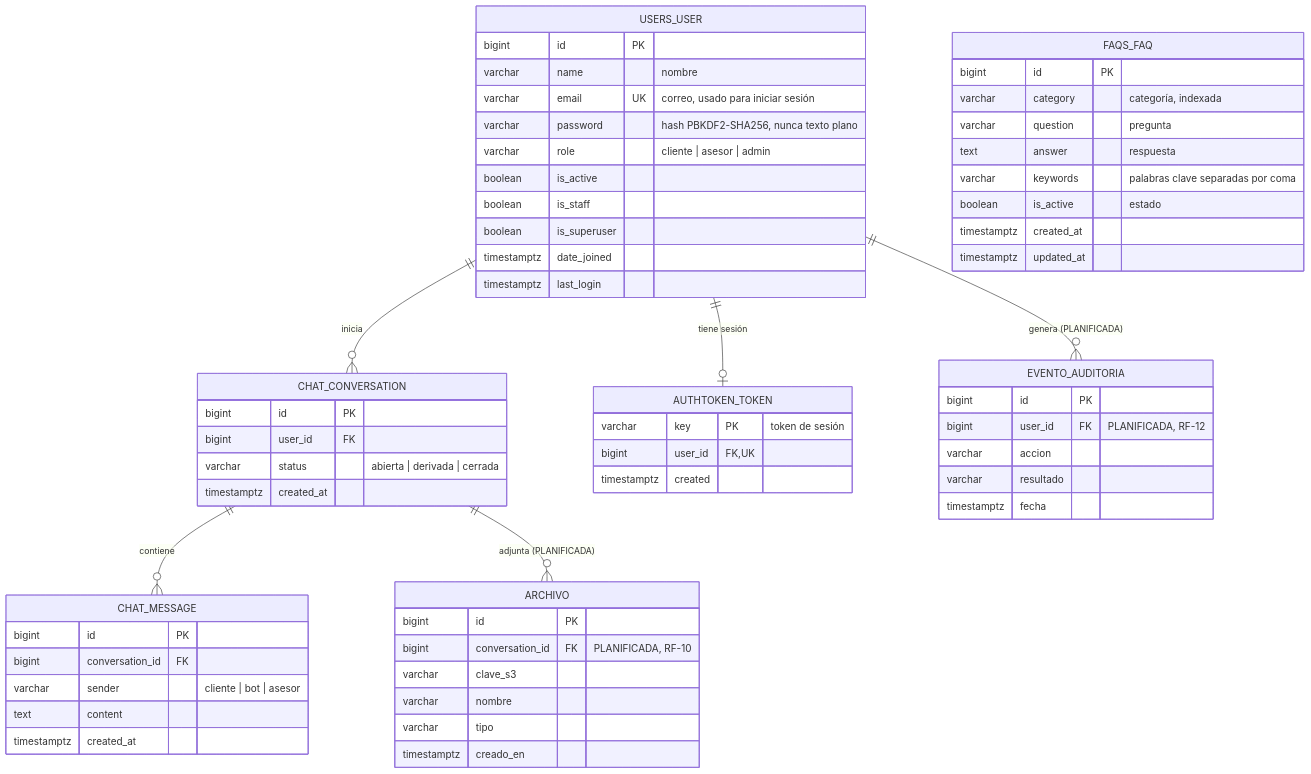
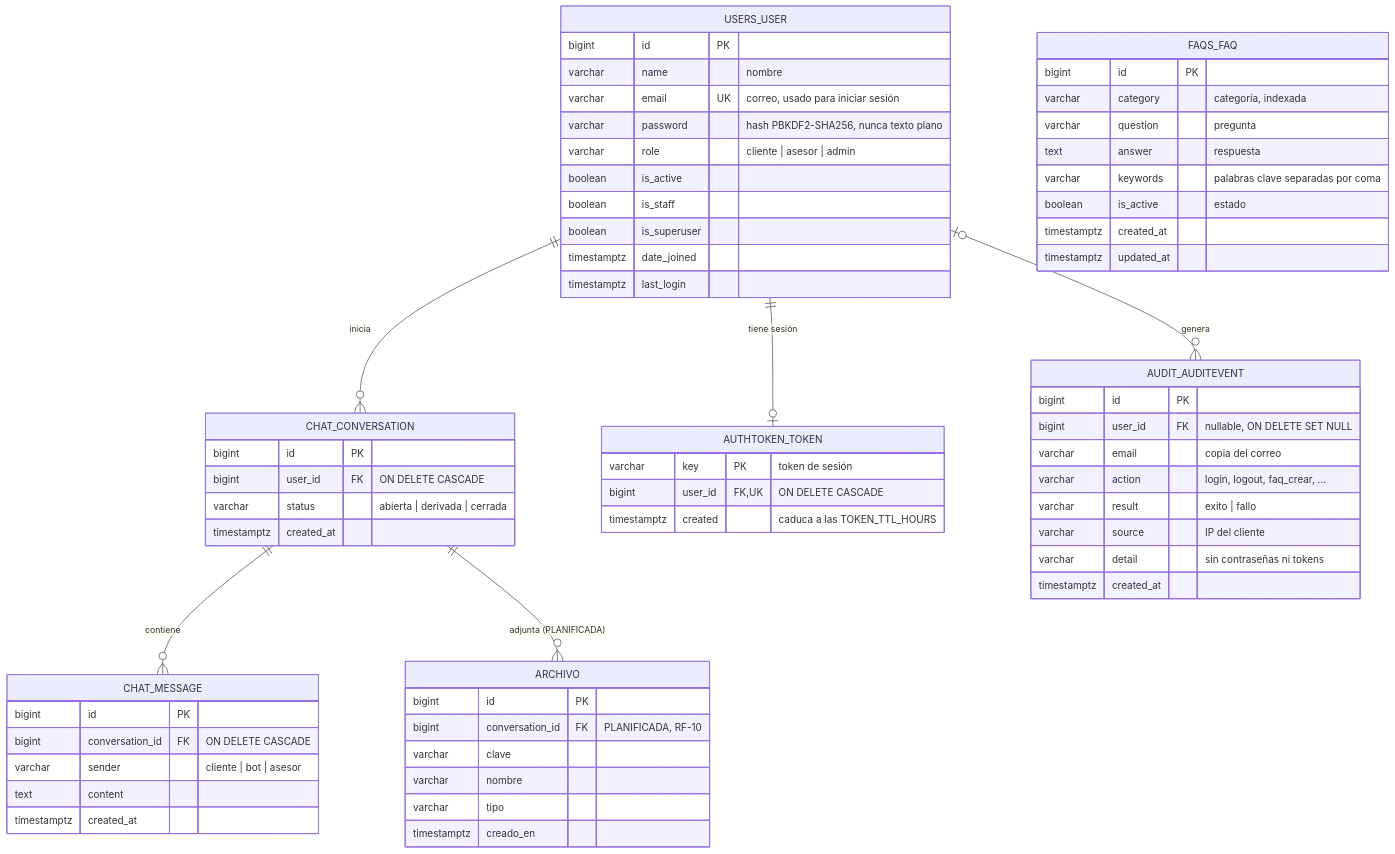
Before and after one commit to Dikey2/Chatbot-BlackDogStore-Cloud: the diagram in docs/BASE_DE_DATOS.md, drawn with Mermaid. The commit also changed other lines of this file and 100 other files, not shown here.

````diff
--- a/docs/BASE_DE_DATOS.md
+++ b/docs/BASE_DE_DATOS.md
@@ -7,67 +12,71 @@
 ```mermaid
 %% Diagrama entidad-relación. Fuente editable (Mermaid).
-%% Editar aquí o pegar en https://mermaid.live. Se muestra en docs/BASE_DE_DATOS.md.
-%% Las entidades marcadas PLANIFICADA aún no existen en la base de datos.
+%% Editar aquí o pegar en https://mermaid.live. Se muestra en docs/BASE_DE_DATOS.md
+%% y se exporta a docs/diagrama-er.svg (ver BASE_DE_DATOS.md).
+%% ARCHIVO está PLANIFICADA (RF-10): todavía no existe en la base de datos.
 erDiagram
     USERS_USER ||--o{ CHAT_CONVERSATION : "inicia"
     USERS_USER ||--o| AUTHTOKEN_TOKEN : "tiene sesión"
     CHAT_CONVERSATION ||--o{ CHAT_MESSAGE : "contiene"
-    USERS_USER ||--o{ EVENTO_AUDITORIA : "genera (PLANIFICADA)"
+    USERS_USER |o--o{ AUDIT_AUDITEVENT : "genera"
     CHAT_CONVERSATION ||--o{ ARCHIVO : "adjunta (PLANIFICADA)"
 
     USERS_USER {
         bigint id PK
         varchar name "nombre"
         varchar email UK "correo, usado para iniciar sesión"
         varchar password "hash PBKDF2-SHA256, nunca texto plano"
         varchar role "cliente | asesor | admin"
         boolean is_active
         boolean is_staff
         boolean is_superuser
         timestamptz date_joined
         timestamptz last_login
     }
     AUTHTOKEN_TOKEN {
         varchar key PK "token de sesión"
-        bigint user_id FK,UK
-        timestamptz created
+        bigint user_id FK,UK "ON DELETE CASCADE"
+        timestamptz created "caduca a las TOKEN_TTL_HOURS"
     }
     FAQS_FAQ {
         bigint id PK
         varchar category "categoría, indexada"
         varchar question "pregunta"
         text answer "respuesta"
         varchar keywords "palabras clave separadas por coma"
         boolean is_active "estado"
         timestamptz created_at
         timestamptz updated_at
     }
     CHAT_CONVERSATION {
         bigint id PK
-        bigint user_id FK
+        bigint user_id FK "ON DELETE CASCADE"
         varchar status "abierta | derivada | cerrada"
         timestamptz created_at
     }
     CHAT_MESSAGE {
         bigint id PK
-        bigint conversation_id FK
+        bigint conversation_id FK "ON DELETE CASCADE"
         varchar sender "cliente | bot | asesor"
         text content
         timestamptz created_at
     }
-    EVENTO_AUDITORIA {
+    AUDIT_AUDITEVENT {
         bigint id PK
-        bigint user_id FK "PLANIFICADA, RF-12"
-        varchar accion
-        varchar resultado
-        timestamptz fecha
+        bigint user_id FK "nullable, ON DELETE SET NULL"
+        varchar email "copia del correo"
+        varchar action "login, logout, faq_crear, ..."
+        varchar result "exito | fallo"
+        varchar source "IP del cliente"
+        varchar detail "sin contraseñas ni tokens"
+        timestamptz created_at
     }
     ARCHIVO {
         bigint id PK
         bigint conversation_id FK "PLANIFICADA, RF-10"
-        varchar clave_s3
+        varchar clave
         varchar nombre
         varchar tipo
         timestamptz creado_en
     }
 ```
````
